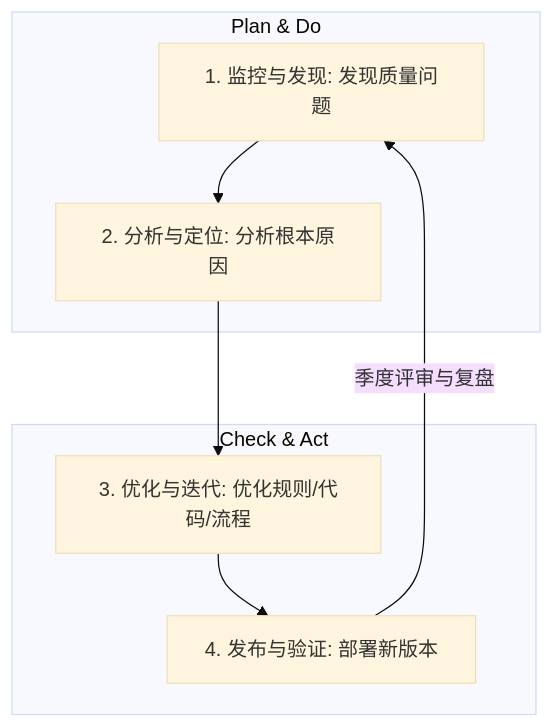
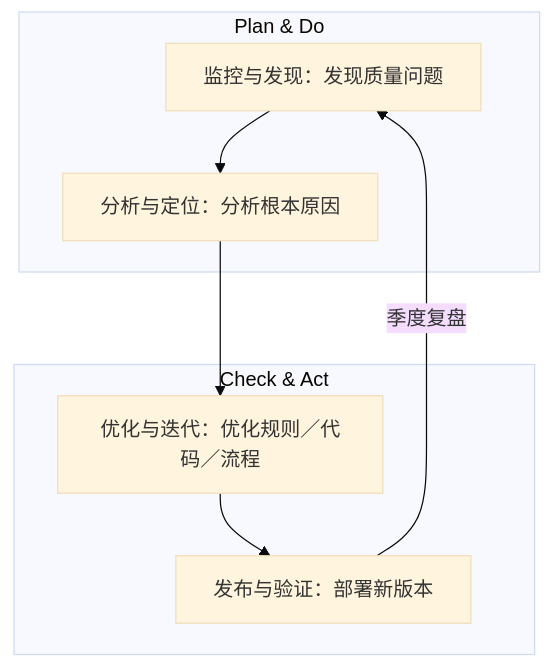
One commit to jiaenyue/Argus changed the third of 3 diagrams in doc/quality_kpi.md. Above: the diagram before and after it, drawn with Mermaid (base theme).

````diff
--- a/doc/quality_kpi.md
+++ b/doc/quality_kpi.md
@@ -202,10 +202,10 @@
 ```mermaid
 graph TD
     subgraph "Plan & Do"
-        A["1. 监控与发现: 发现质量问题"] --> B["2. 分析与定位: 分析根本原因"]
+        A["监控与发现：发现质量问题"] --> B["分析与定位：分析根本原因"]
     end
     subgraph "Check & Act"
-        B --> C["3. 优化与迭代: 优化规则/代码/流程"] --> D["4. 发布与验证: 部署新版本"]
+        B --> C["优化与迭代：优化规则／代码／流程"] --> D["发布与验证：部署新版本"]
     end
-    D --> |季度评审与复盘| A
+    D --> |季度复盘| A
 ```
````
